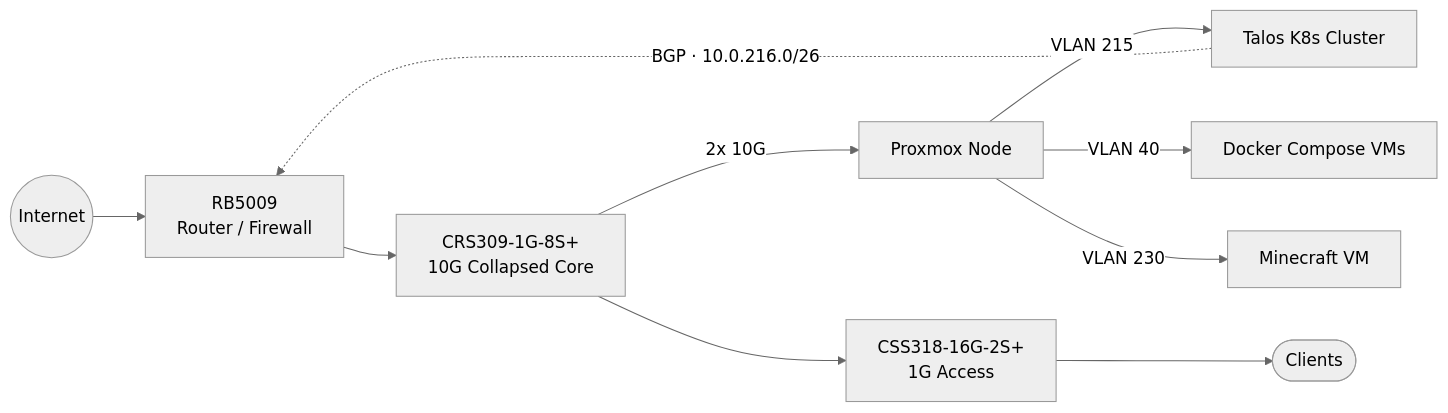
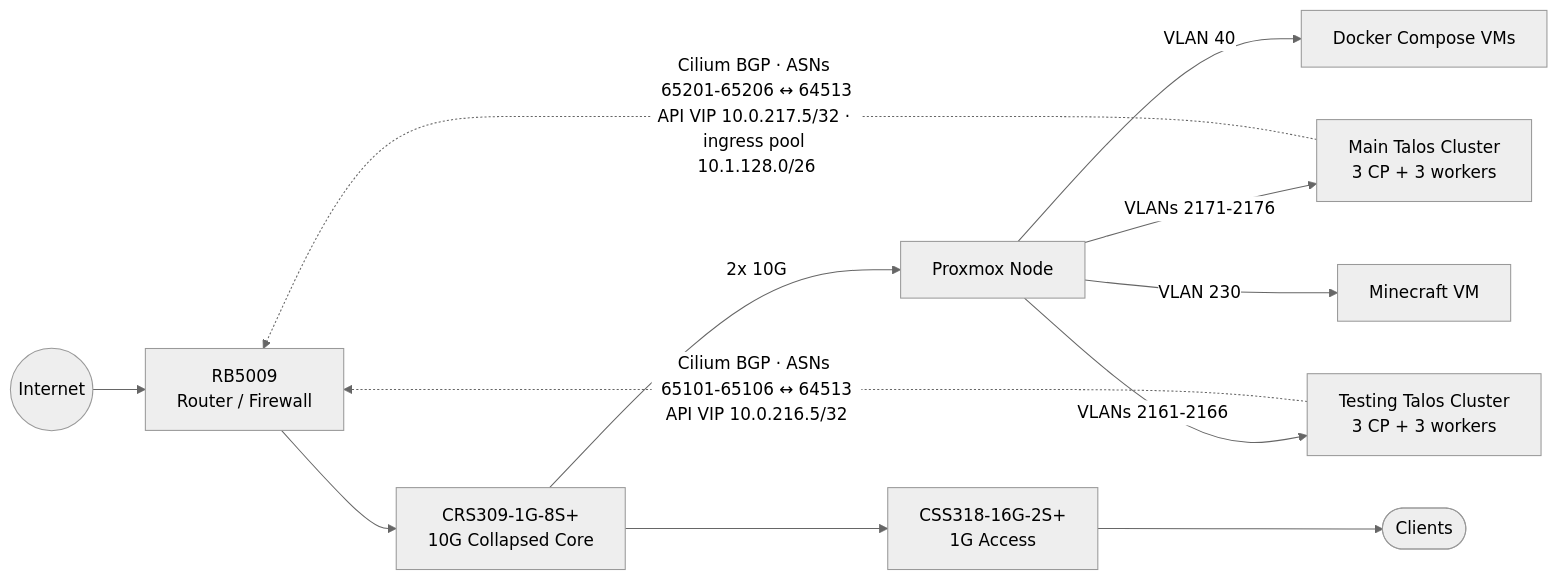
The diagram in backend/content/homelab.md (kerbatek/portfolio), drawn with Mermaid (neutral theme) before and after one commit. The commit also changed other lines of this file and 6 other files, not shown here.

````diff
--- a/backend/content/homelab.md
+++ b/backend/content/homelab.md
@@ -10,14 +10,16 @@
 ```mermaid
 graph LR
     Internet((Internet)) --> RB[RB5009<br/>Router / Firewall]
     RB --> Core[CRS309-1G-8S+<br/>10G Collapsed Core]
     Core -->|2x 10G| PVE[Proxmox Node]
     Core --> Access[CSS318-16G-2S+<br/>1G Access]
     Access --> Clients([Clients])
 
-    PVE -->|VLAN 215| K8s[Talos K8s Cluster]
+    PVE -->|VLANs 2171-2176| Main[Main Talos Cluster<br/>3 CP + 3 workers]
+    PVE -->|VLANs 2161-2166| Test[Testing Talos Cluster<br/>3 CP + 3 workers]
     PVE -->|VLAN 40| Docker[Docker Compose VMs]
     PVE -->|VLAN 230| MC[Minecraft VM]
 
-    K8s -. "BGP · 10.0.216.0/26" .-> RB
+    Main -. "Cilium BGP · ASNs 65201-65206 ↔ 64513<br/>API VIP 10.0.217.5/32 · ingress pool 10.1.128.0/26" .-> RB
+    Test -. "Cilium BGP · ASNs 65101-65106 ↔ 64513<br/>API VIP 10.0.216.5/32" .-> RB
 ```
````
